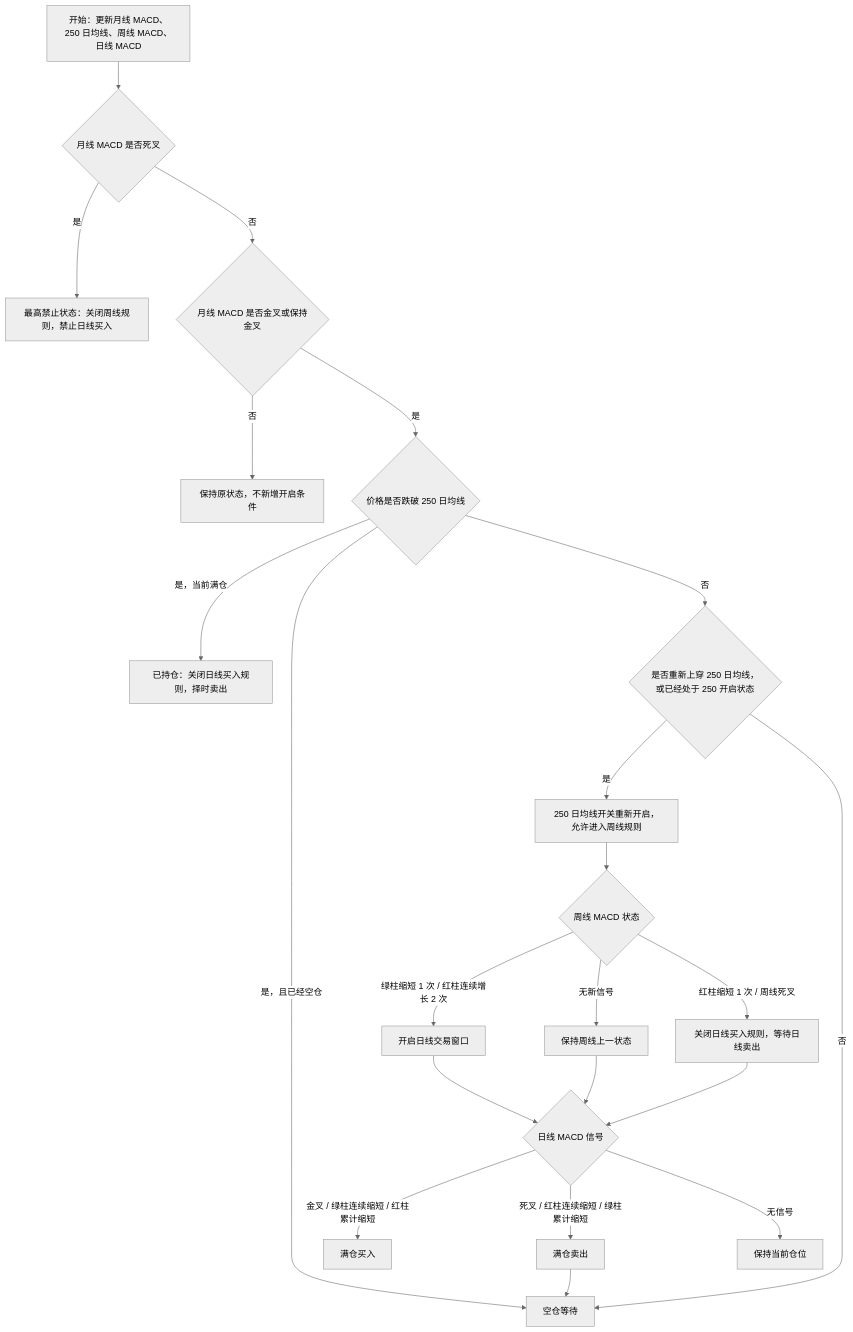
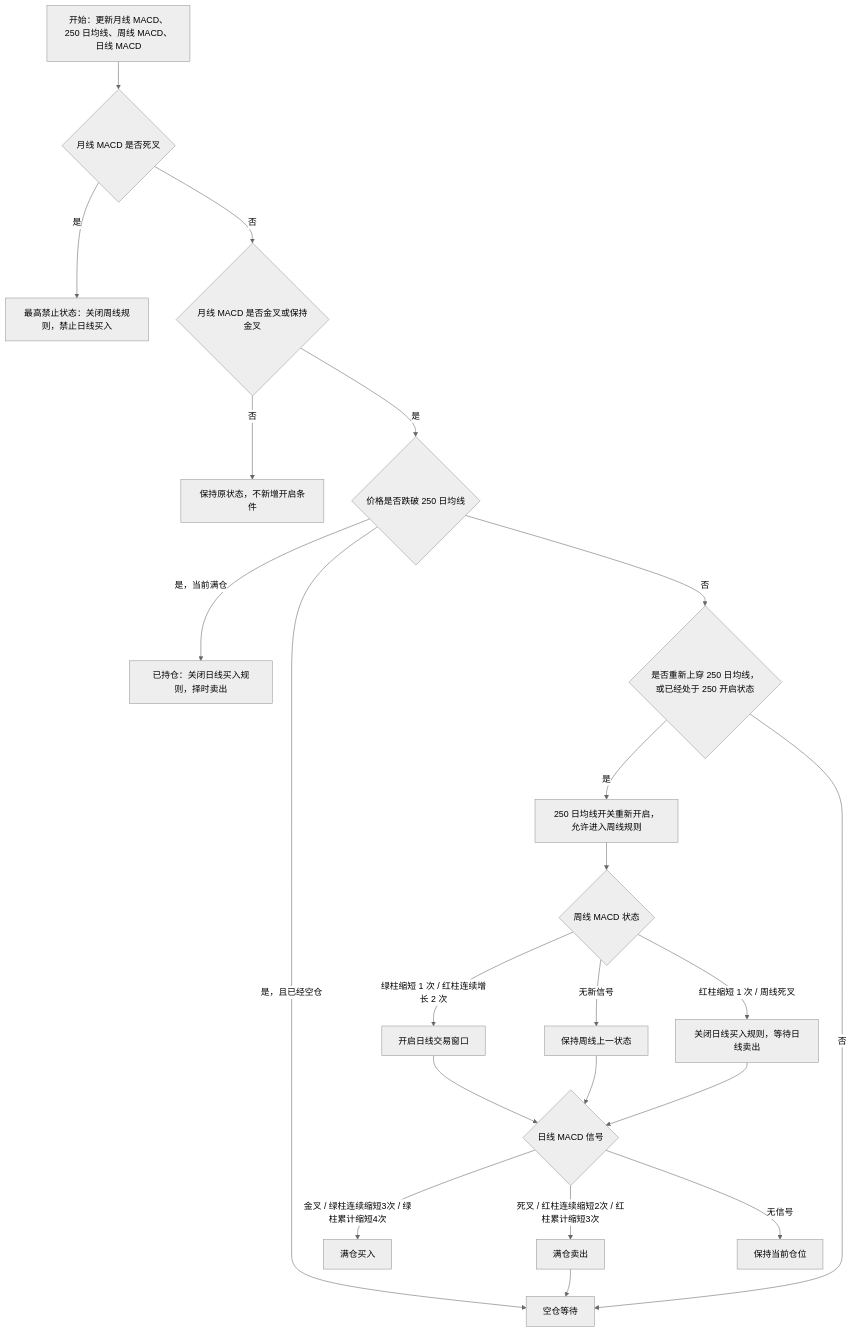
The diagram in 量化项目设计构想（图片）/设计3.md (xiaomuyunyu-crypto/quant-trading), drawn with Mermaid (neutral theme) before and after one commit. The commit also changed other lines of this file and 17 other files, not shown here.

````diff
--- a/量化项目设计构想（图片）/设计3.md
+++ b/量化项目设计构想（图片）/设计3.md
@@ -156,43 +156,43 @@
 ```mermaid
 flowchart TD
     A["开始：更新月线 MACD、250 日均线、周线 MACD、日线 MACD"]
     B{"月线 MACD 是否死叉"}
     C["最高禁止状态：关闭周线规则，禁止日线买入"]
     D{"月线 MACD 是否金叉或保持金叉"}
     E["保持原状态，不新增开启条件"]
     F{"价格是否跌破 250 日均线"}
     G["已持仓：关闭日线买入规则，择时卖出"]
     H{"是否重新上穿 250 日均线，或已经处于 250 开启状态"}
     I["250 日均线开关重新开启，允许进入周线规则"]
     J{"周线 MACD 状态"}
     K["开启日线交易窗口"]
     L["保持周线上一状态"]
     M["关闭日线买入规则，等待日线卖出"]
     N{"日线 MACD 信号"}
     O["满仓买入"]
     P["满仓卖出"]
     Q["保持当前仓位"]
     R["空仓等待"]
 
     A --> B
     B -- 是 --> C
     B -- 否 --> D
     D -- 否 --> E
     D -- 是 --> F
     F -- 是，当前满仓 --> G
     F -- 是，且已经空仓 --> R
     F -- 否 --> H
     H -- 是 --> I
     H -- 否 --> R
     I --> J
     J -- "绿柱缩短 1 次 / 红柱连续增长 2 次" --> K
     J -- "无新信号" --> L
     J -- "红柱缩短 1 次 / 周线死叉" --> M
     K --> N
     L --> N
     M --> N
-    N -- "金叉 / 绿柱连续缩短 / 红柱累计缩短" --> O
-    N -- "死叉 / 红柱连续缩短 / 绿柱累计缩短" --> P
+    N -- "金叉 / 绿柱连续缩短3次 / 绿柱累计缩短4次" --> O
+    N -- "死叉 / 红柱连续缩短2次 / 红柱累计缩短3次" --> P
     N -- 无信号 --> Q
     P --> R
 ```
````
